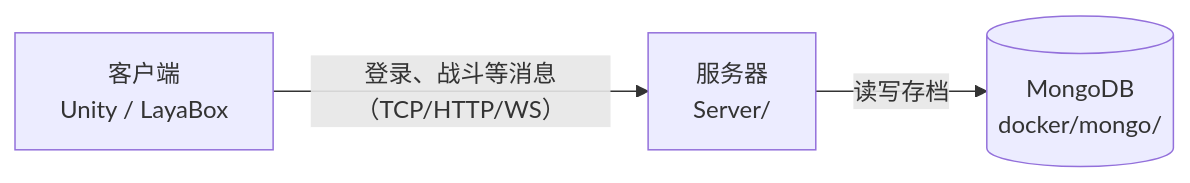
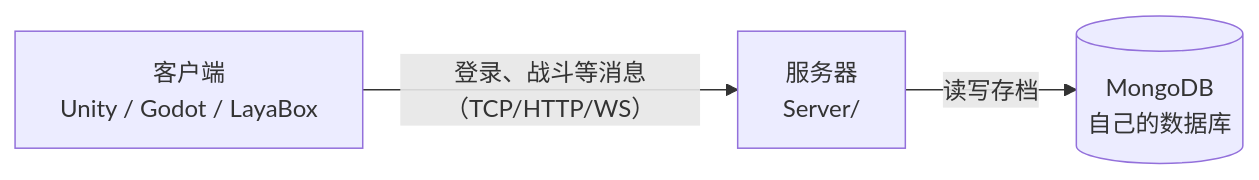
One commit to AlianBlank/GameFrameX.Docs changed the third of 3 diagrams in docs/zh-CN/guide/project-structure.md. Above: the diagram before and after it, drawn with Mermaid. The commit also changed other lines of this file and 5 other files, not shown here.

````diff
--- a/docs/zh-CN/guide/project-structure.md
+++ b/docs/zh-CN/guide/project-structure.md
@@ -80,5 +82,5 @@
 ```mermaid
 flowchart LR
-    C[客户端<br/>Unity / LayaBox] -- "登录、战斗等消息（TCP/HTTP/WS）" --> S3[服务器<br/>Server/]
-    S3 -- "读写存档" --> D[(MongoDB<br/>docker/mongo/)]
+    C[客户端<br/>Unity / Godot / LayaBox] -- "登录、战斗等消息（TCP/HTTP/WS）" --> S3[服务器<br/>Server/]
+    S3 -- "读写存档" --> D[(MongoDB<br/>自己的数据库)]
 ```
````
